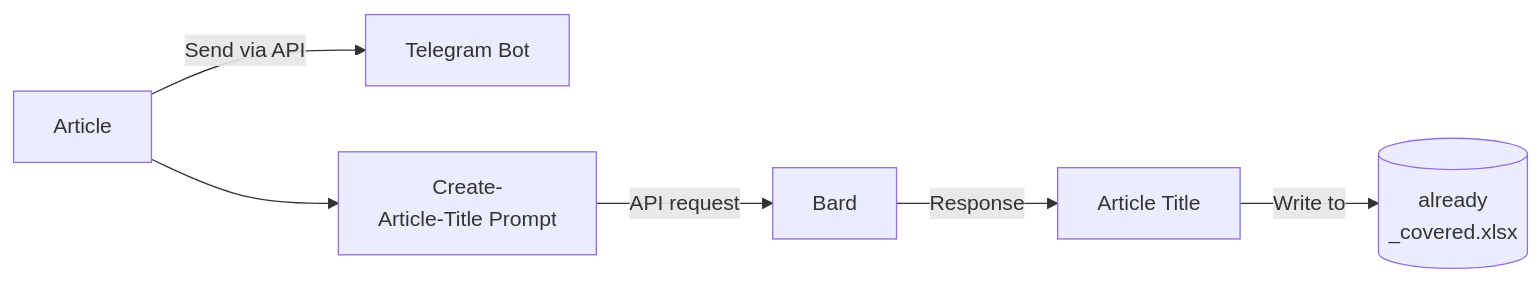
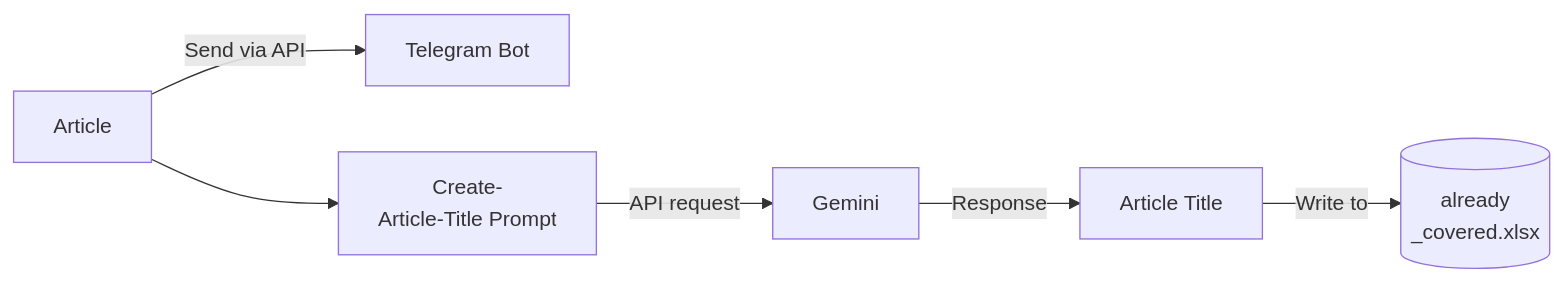
Before and after one commit to AndreaZoccatelli/daily_immersion: the second of 2 diagrams in README.md, drawn with Mermaid.

````diff
--- a/README.md
+++ b/README.md
@@ -23,8 +23,8 @@
 ```mermaid
   flowchart LR;
       E[Article]-->|Send via API|F[Telegram Bot]
       E[Article]-->G[Create-Article-Title Prompt]
       G[Create-\nArticle-Title Prompt]-->|API request|H[Gemini]
-      H[Bard]-->|Response|I[Article\nTitle]
+      H[Gemini]-->|Response|I[Article\nTitle]
       I[Article Title]-->|Write to|B[(already\n_covered.xlsx)]
 ```
````
